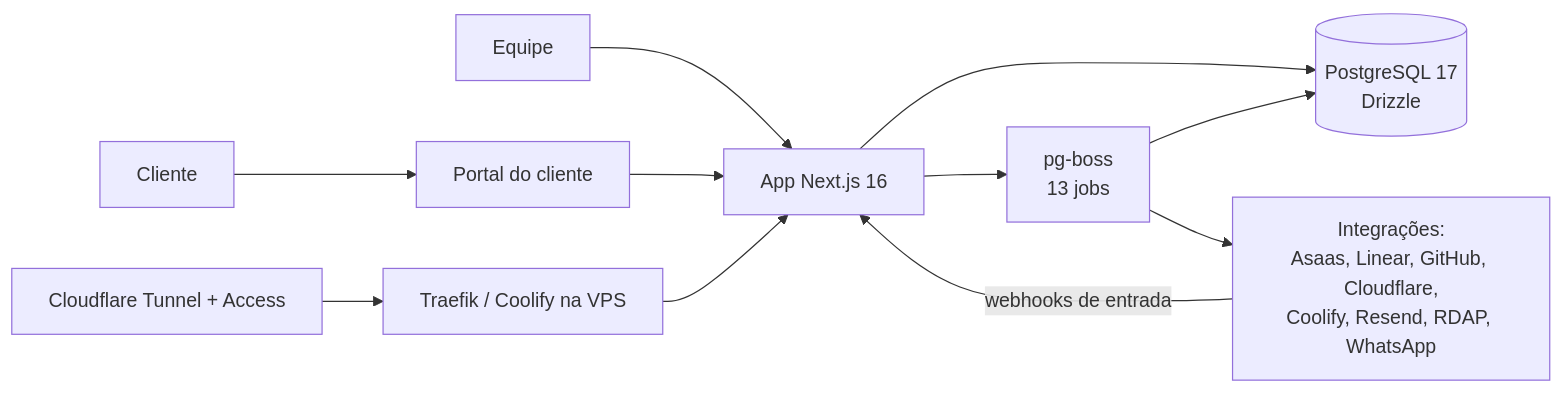
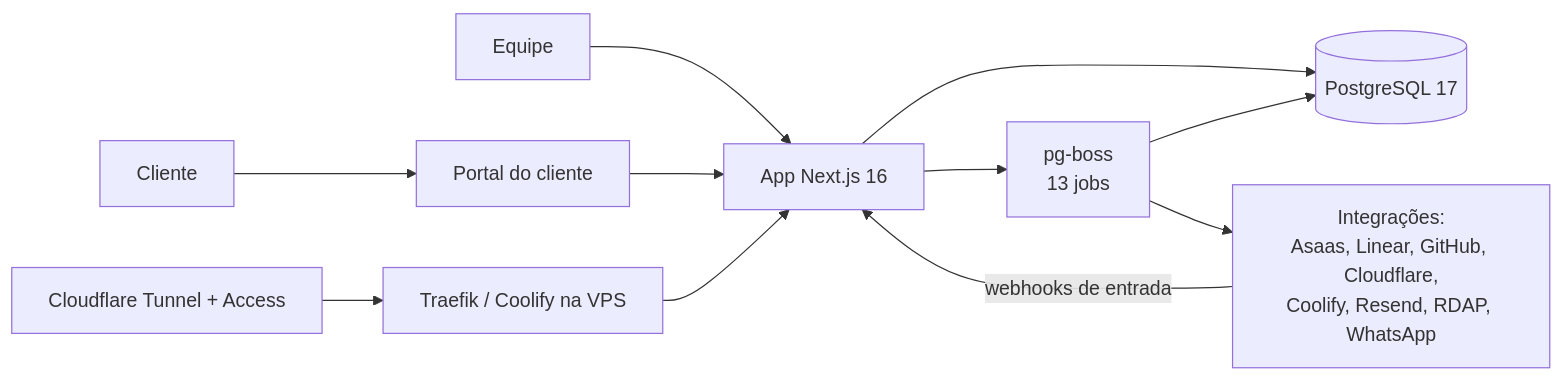
One commit to DevAlify/engineering-cases changed the diagram in cases/syphrax-erp.md. Above: the diagram before and after it, drawn with Mermaid. The commit also changed other lines of this file and 7 other files, not shown here.

````diff
--- a/cases/syphrax-erp.md
+++ b/cases/syphrax-erp.md
@@ -15,13 +15,13 @@
 ```mermaid
 flowchart LR
   U[Equipe] --> W[App Next.js 16]
   K[Cliente] --> PT[Portal do cliente]
   PT --> W
-  W --> DB[(PostgreSQL 17<br/>Drizzle)]
+  W --> DB[(PostgreSQL 17)]
   W --> Q[pg-boss<br/>13 jobs]
   Q --> DB
   Q --> I[Integrações:<br/>Asaas, Linear, GitHub, Cloudflare,<br/>Coolify, Resend, RDAP, WhatsApp]
   I -->|webhooks de entrada| W
   CF[Cloudflare Tunnel + Access] --> T[Traefik / Coolify na VPS]
   T --> W
 ```
````
